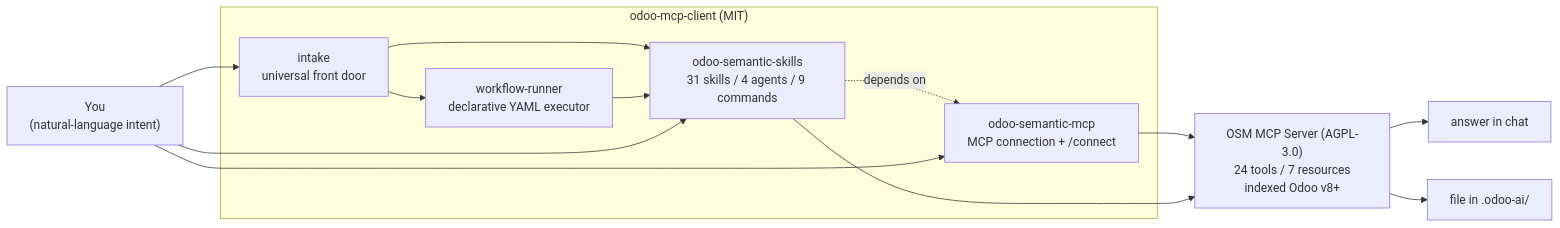
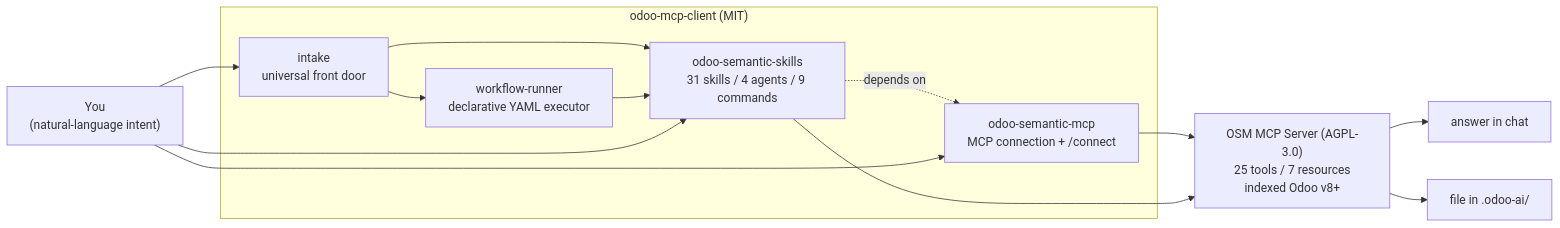
Before and after one commit to Viindoo/odoo-mcp-client: the first of 5 diagrams in README.md, drawn with Mermaid. The commit also changed other lines of this file and 45 other files, not shown here.

````diff
--- a/README.md
+++ b/README.md
@@ -13,28 +13,28 @@
 ```mermaid
 flowchart LR
     You["You<br/>(natural-language intent)"]
 
     subgraph client["odoo-mcp-client (MIT)"]
         intake["intake<br/>universal front door"]
         wfrunner["workflow-runner<br/>declarative YAML executor"]
         skills["odoo-semantic-skills<br/>31 skills / 4 agents / 9 commands"]
         mcp["odoo-semantic-mcp<br/>MCP connection + /connect"]
         intake --> wfrunner
         intake --> skills
         wfrunner --> skills
         skills -."depends on".-> mcp
     end
 
-    server["OSM MCP Server (AGPL-3.0)<br/>24 tools / 7 resources<br/>indexed Odoo v8+"]
+    server["OSM MCP Server (AGPL-3.0)<br/>25 tools / 7 resources<br/>indexed Odoo v8+"]
 
     out1["answer in chat"]
     out2["file in .odoo-ai/"]
 
     You --> intake
     You --> skills
     You --> mcp
     mcp --> server
     skills --> server
     server --> out1
     server --> out2
 ```
````
